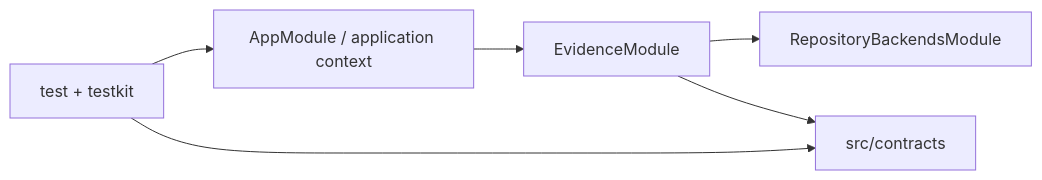
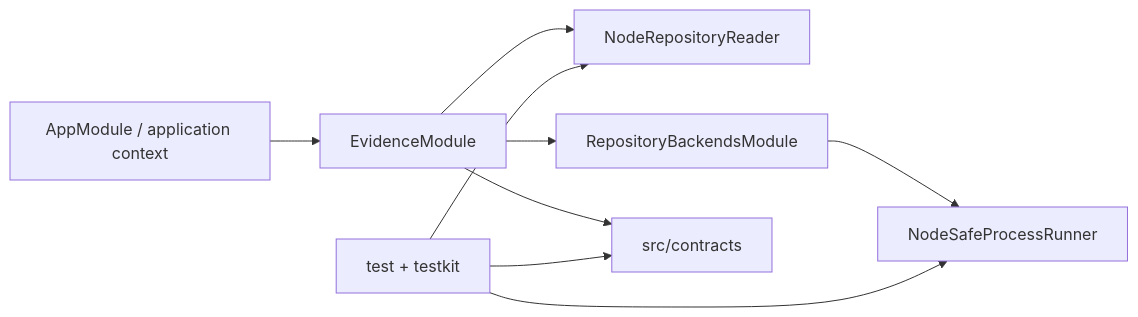
Before and after one commit to gchigoo/repo-nav: the diagram in .codestable/architecture/system-repo-nav-foundation.md, drawn with Mermaid. The commit also changed other lines of this file and 32 other files, not shown here.

Commit message:
feat: secure repository access and process execution

````diff
--- a/.codestable/architecture/system-repo-nav-foundation.md
+++ b/.codestable/architecture/system-repo-nav-foundation.md
@@ -27,8 +29,11 @@
 ```mermaid
 flowchart LR
   App["AppModule / application context"] --> Evidence["EvidenceModule"]
+  Evidence --> Reader["NodeRepositoryReader"]
   Evidence --> Backends["RepositoryBackendsModule"]
+  Backends --> Process["NodeSafeProcessRunner"]
   Evidence --> Contracts["src/contracts"]
-  Tests["test + testkit"] --> App
+  Tests["test + testkit"] --> Reader
+  Tests --> Process
   Tests --> Contracts
 ```
````
